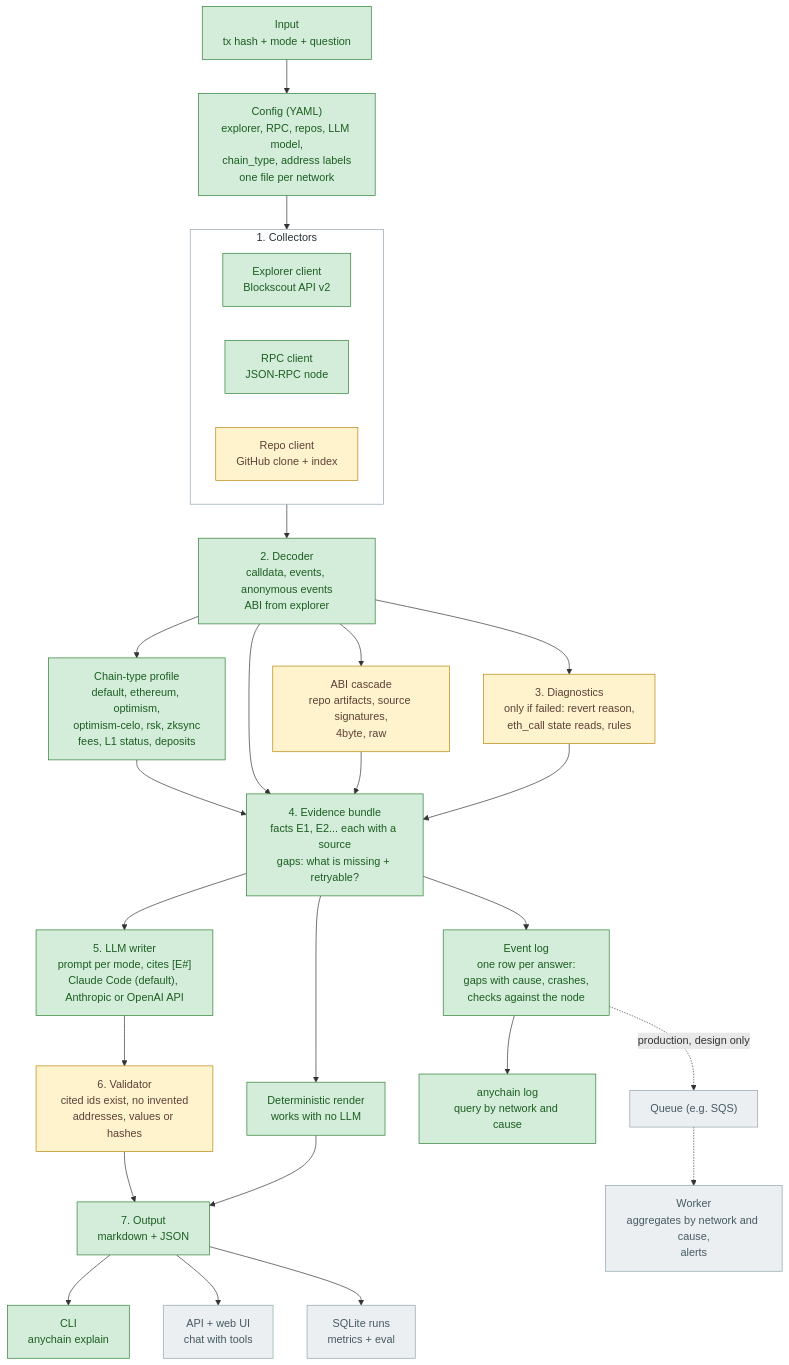
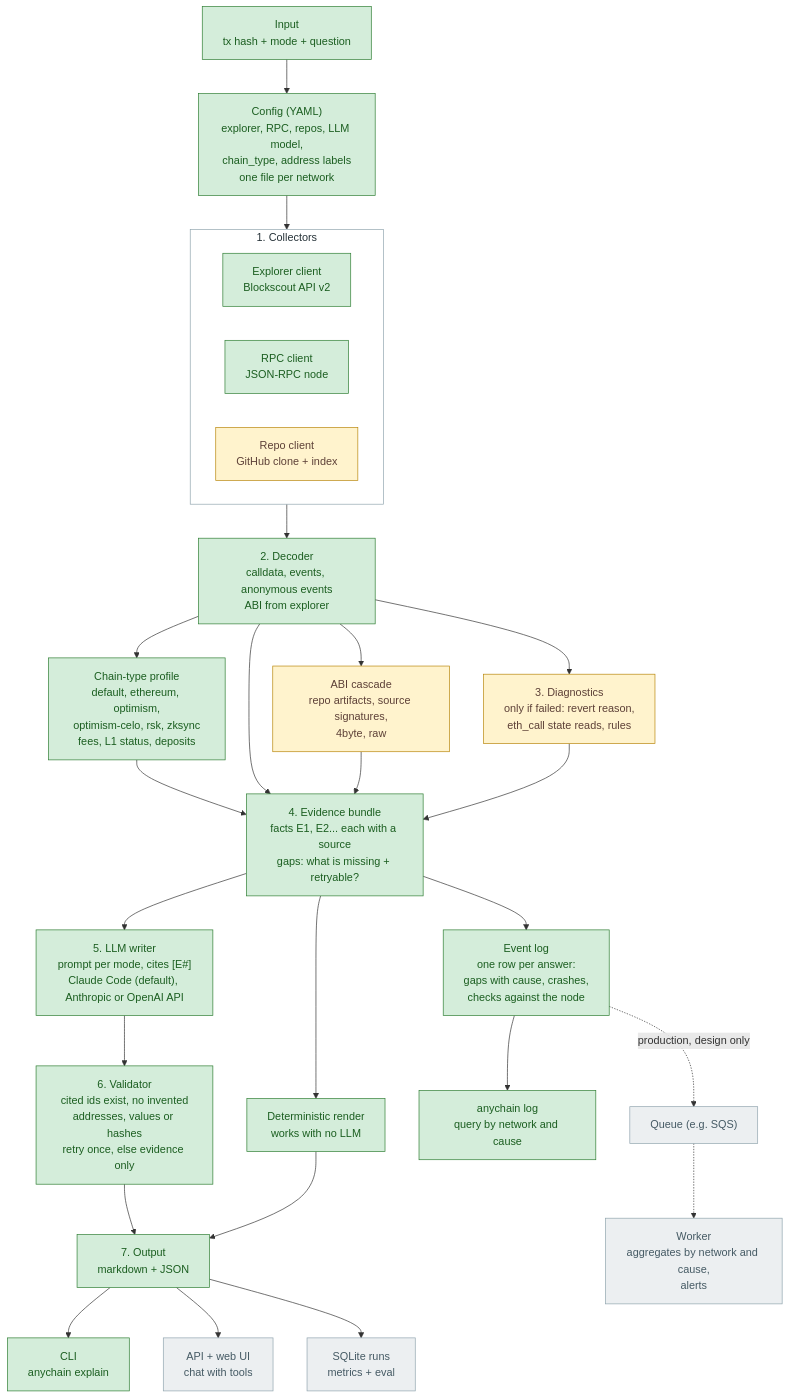
One commit to Ebaoj/anychain changed the first of 5 diagrams in docs/ARCHITECTURE.md. Above: the diagram before and after it, drawn with Mermaid. The commit also changed other lines of this file and 10 other files, not shown here.

````diff
--- a/docs/ARCHITECTURE.md
+++ b/docs/ARCHITECTURE.md
@@ -20,46 +20,46 @@
 ```mermaid
 flowchart TD
     IN["Input<br/>tx hash + mode + question"] --> CFG
 
     CFG["Config (YAML)<br/>explorer, RPC, repos, LLM model,<br/>chain_type, address labels<br/>one file per network"]
 
     CFG --> COL
     subgraph COL["1. Collectors"]
         EXP["Explorer client<br/>Blockscout API v2"]
         RPC["RPC client<br/>JSON-RPC node"]
         REPO["Repo client<br/>GitHub clone + index"]
     end
 
     COL --> DEC["2. Decoder<br/>calldata, events, anonymous events<br/>ABI from explorer"]
     DEC --> PRO["Chain-type profile<br/>default, ethereum, optimism,<br/>optimism-celo, rsk, zksync<br/>fees, L1 status, deposits"]
     PRO --> BUN
     DEC --> CAS["ABI cascade<br/>repo artifacts, source signatures,<br/>4byte, raw"]
     DEC --> DIAG["3. Diagnostics<br/>only if failed: revert reason,<br/>eth_call state reads, rules"]
     DEC --> BUN
     CAS --> BUN
     DIAG --> BUN
 
     BUN["4. Evidence bundle<br/>facts E1, E2... each with a source<br/>gaps: what is missing + retryable?"]
     BUN --> WRI["5. LLM writer<br/>prompt per mode, cites [E#]<br/>Claude Code (default), Anthropic or OpenAI API"]
     BUN --> REN["Deterministic render<br/>works with no LLM"]
-    WRI --> VAL["6. Validator<br/>cited ids exist, no invented<br/>addresses, values or hashes"]
+    WRI --> VAL["6. Validator<br/>cited ids exist, no invented<br/>addresses, values or hashes<br/>retry once, else evidence only"]
     VAL --> OUT
     REN --> OUT
 
     OUT["7. Output<br/>markdown + JSON"] --> CLI["CLI<br/>anychain explain"]
     OUT --> API["API + web UI<br/>chat with tools"]
     OUT --> DB["SQLite runs<br/>metrics + eval"]
     BUN --> LOG["Event log<br/>one row per answer:<br/>gaps with cause, crashes,<br/>checks against the node"]
     LOG --> QRY["anychain log<br/>query by network and cause"]
     LOG -.production, design only.-> FILA["Queue (e.g. SQS)"]
     FILA -.-> WRK["Worker<br/>aggregates by network and cause,<br/>alerts"]
 
     classDef done fill:#d4edda,stroke:#2e7d32,color:#1b5e20
     classDef next fill:#fff3cd,stroke:#b8860b,color:#5d4037
     classDef later fill:#eceff1,stroke:#90a4ae,color:#455a64
 
-    class IN,CFG,EXP,RPC,DEC,PRO,BUN,WRI,REN,OUT,CLI,LOG,QRY done
-    class REPO,CAS,DIAG,VAL next
+    class IN,CFG,EXP,RPC,DEC,PRO,BUN,WRI,REN,OUT,CLI,LOG,QRY,VAL done
+    class REPO,CAS,DIAG next
     class API,DB,FILA,WRK later
     style COL fill:#ffffff,stroke:#90a4ae,color:#263238
 ```
````
